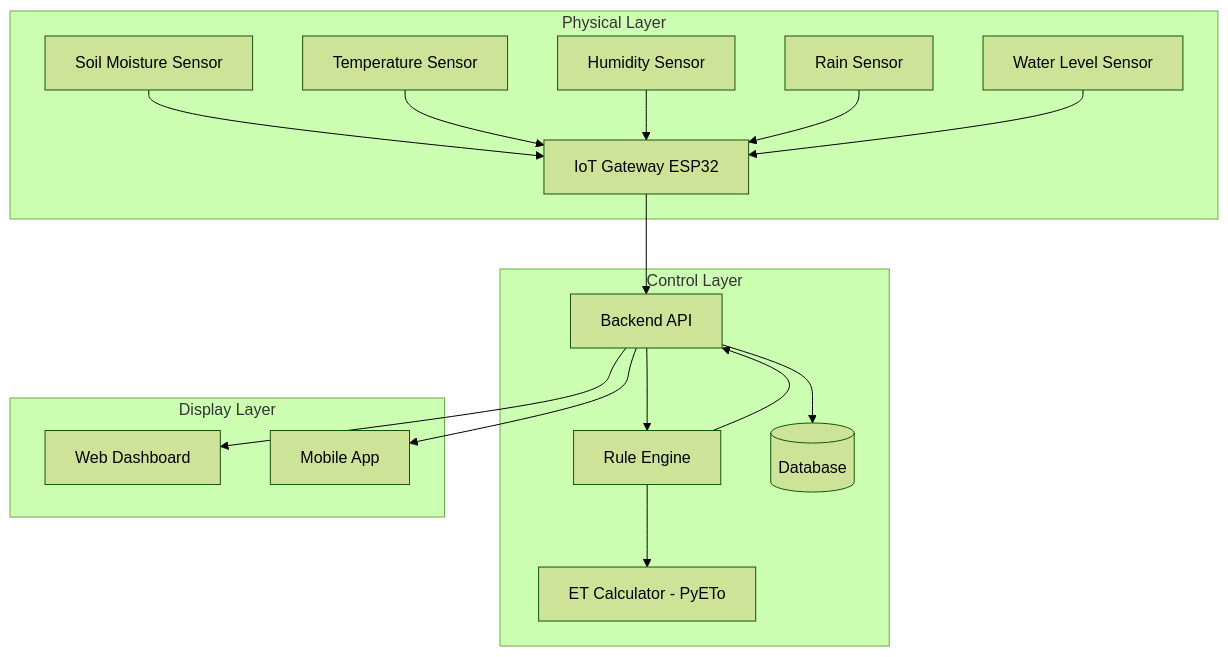
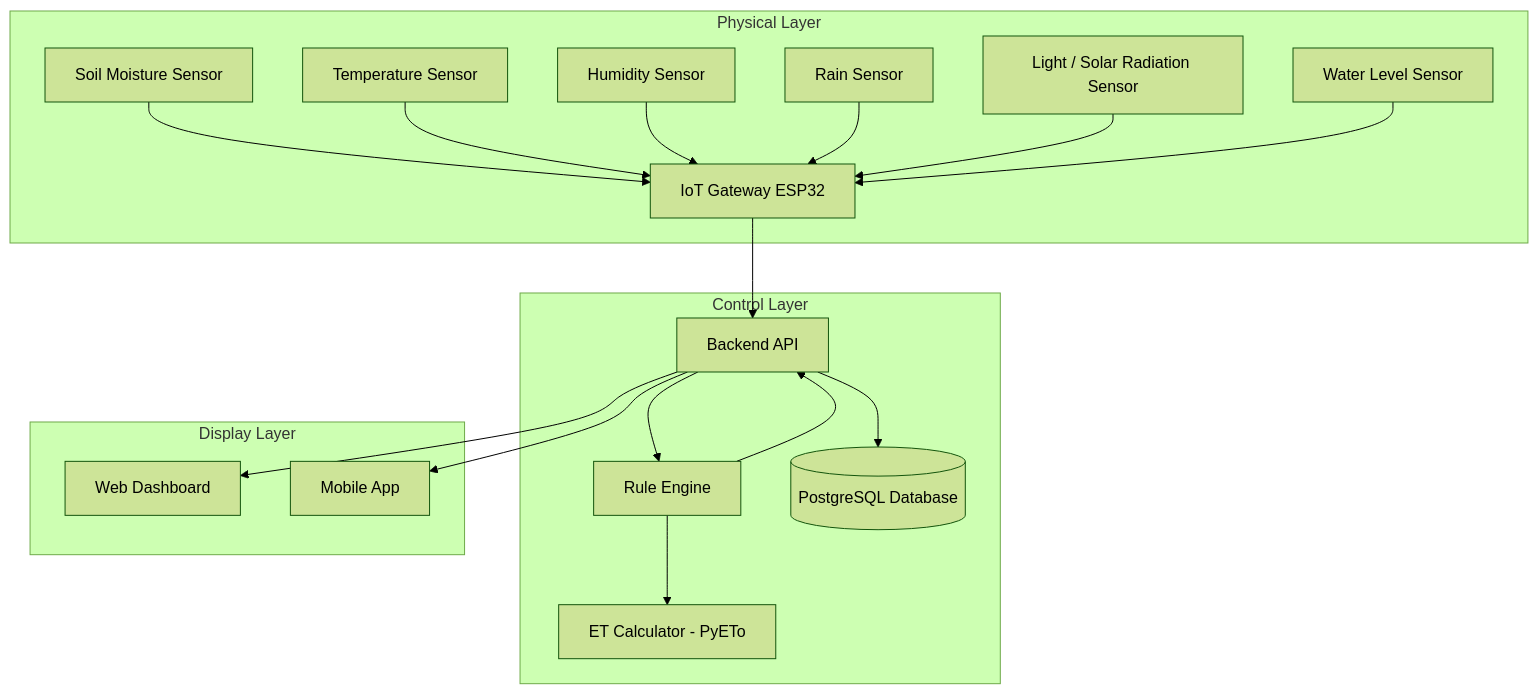
The diagram in architecture/system_architecture.md (Mashaal-Ishtiaq/smart-irrigation-system-docs), drawn with Mermaid (forest theme) before and after one commit. The commit also changed other lines of this file and 13 other files, not shown here.

````diff
--- a/architecture/system_architecture.md
+++ b/architecture/system_architecture.md
@@ -20,39 +20,34 @@
 ```mermaid
 flowchart TD
-
-    subgraph Physical Layer
-        S1[Soil Moisture Sensor]
-        S2[Temperature Sensor]
-        S3[Humidity Sensor]
-        S4[Rain Sensor]
-        S5[Water Level Sensor]
-        GW[IoT Gateway ESP32]
+    subgraph "Physical Layer"
+        SM[Soil Moisture Sensor] --> GW[IoT Gateway ESP32]
+        TS[Temperature Sensor] --> GW
+        HS[Humidity Sensor] --> GW
+        RS[Rain Sensor] --> GW
+        LS[Light / Solar Radiation Sensor] --> GW
+        WS[Water Level Sensor] --> GW
     end
 
-    subgraph Control Layer
+    subgraph "Control Layer"
         API[Backend API]
         RE[Rule Engine]
         ET[ET Calculator - PyETo]
-        DB[(Database)]
+        DB[(PostgreSQL Database)]
     end
 
-    subgraph Display Layer
+    subgraph "Display Layer"
         FE[Web Dashboard]
         MOB[Mobile App]
     end
 
-    S1 --> GW
-    S2 --> GW
-    S3 --> GW
-    S4 --> GW
-    S5 --> GW
-
+    %% Data flow
     GW --> API
     API --> DB
     API --> RE
     RE --> ET
     RE --> API
-
     API --> FE
     API --> MOB
+
+   
 ```
````
